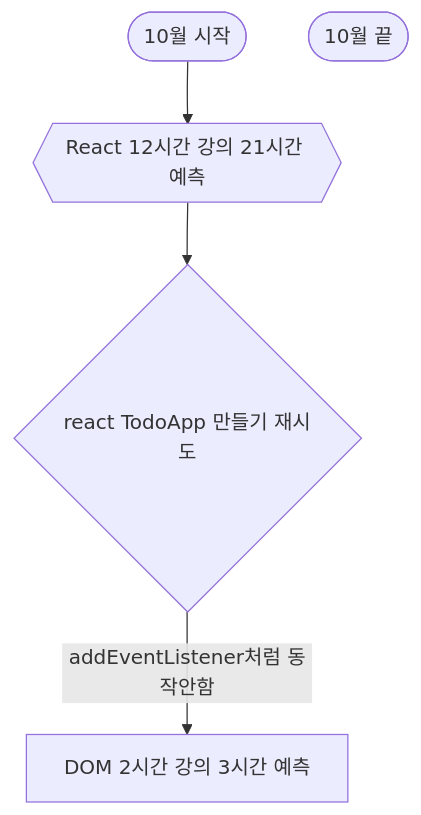
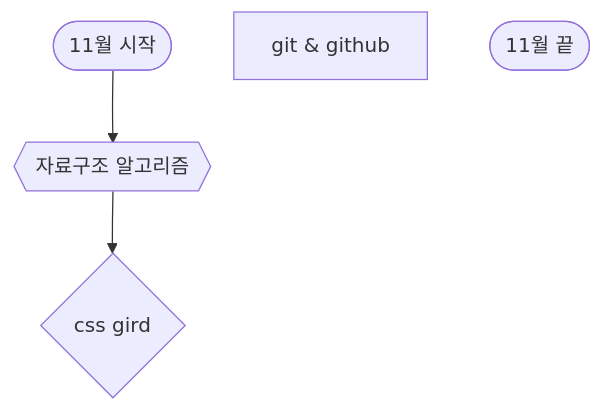
The diagram in 2211/_CalendarTIL.md (arch-spatula/TIL), drawn with Mermaid before and after one commit. The commit also changed other lines of this file and 2 other files, not shown here.

````diff
--- a/2211/_CalendarTIL.md
+++ b/2211/_CalendarTIL.md
@@ -41,12 +42,11 @@
 ```mermaid
 flowchart TD
-    id1([10월 시작])
-    id2{{React 12시간 강의 21시간 예측}}
-    id3[ DOM 2시간 강의 3시간 예측 ]
-    id4{react TodoApp 만들기 재시도}
-    id99([10월 끝])
+    id1([11월 시작])
+    id2{{자료구조 알고리즘}}
+    id3[ git & github ]
+    id4{ css gird }
+    id99([11월 끝])
 
-    id1 --> id2 --> id4 
-    id4 -- addEventListener처럼 동작안함 --> id3
+    id1 --> id2 --> id4
     id4
 ```
````
